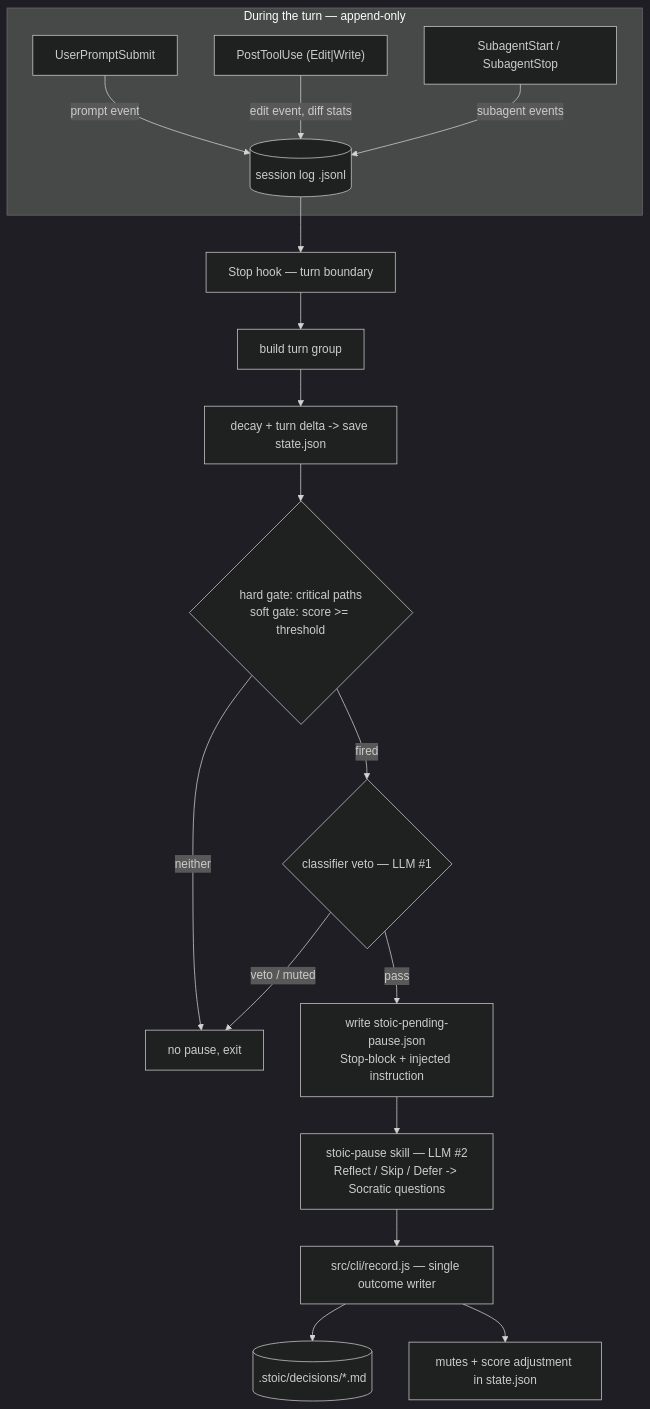
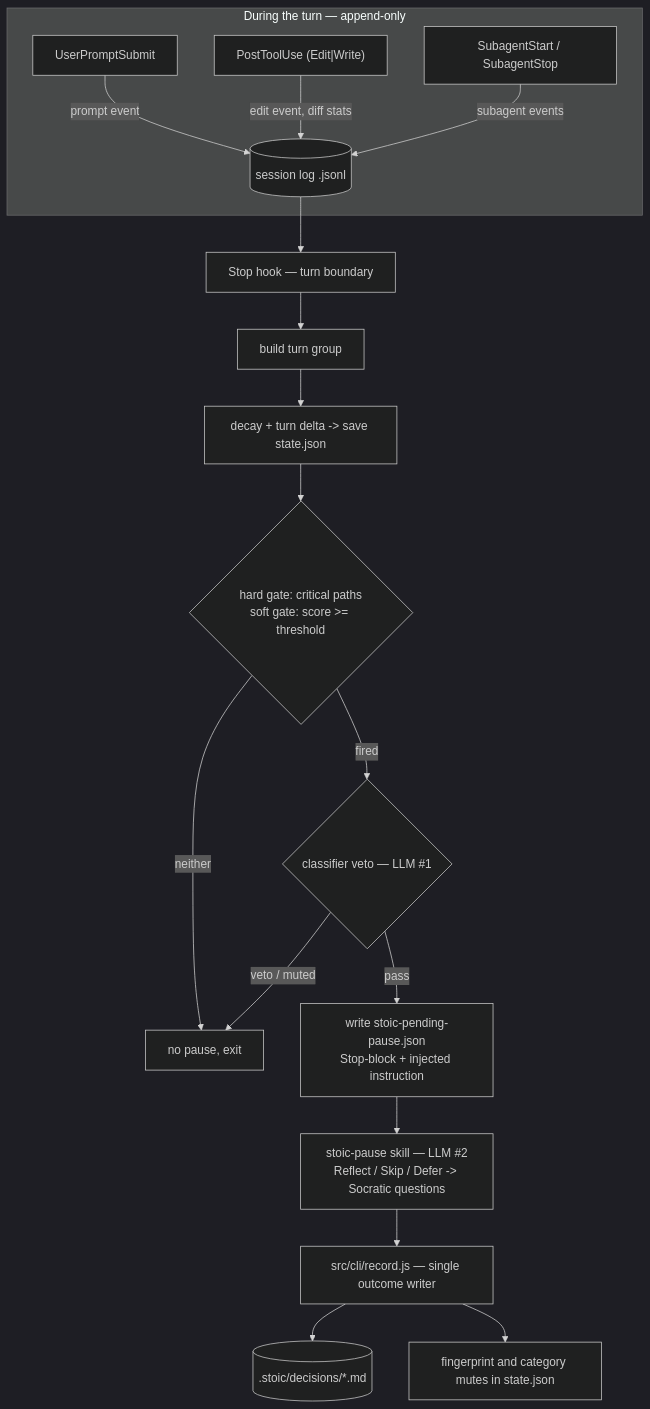
Before and after one commit to marcindobrzynski-dev/stoic-stack-plugin: the second of 2 diagrams in thoughts/shared/.project/architecture.md, drawn with Mermaid (dark theme). The commit also changed other lines of this file and 9 other files, not shown here.

````diff
--- a/thoughts/shared/.project/architecture.md
+++ b/thoughts/shared/.project/architecture.md
@@ -96,19 +96,19 @@
 ```mermaid
 flowchart TD
     subgraph collect [During the turn — append-only]
         UPS[UserPromptSubmit] -->|prompt event| LOG[(session log .jsonl)]
         PTU["PostToolUse (Edit|Write)"] -->|edit event, diff stats| LOG
         SAS[SubagentStart / SubagentStop] -->|subagent events| LOG
     end
     LOG --> STOP[Stop hook — turn boundary]
     STOP --> GROUP[build turn group] --> SCORE["decay + turn delta -> save state.json"]
     SCORE --> GATES{hard gate: critical paths<br/>soft gate: score >= threshold}
     GATES -- neither --> QUIET[no pause, exit]
     GATES -- fired --> CLASS{classifier veto — LLM #1}
     CLASS -- veto / muted --> QUIET
     CLASS -- pass --> FIRE["write stoic-pending-pause.json<br/>Stop-block + injected instruction"]
     FIRE --> SKILL["stoic-pause skill — LLM #2<br/>Reflect / Skip / Defer -> Socratic questions"]
     SKILL --> REC["src/cli/record.js — single outcome writer"]
     REC --> BANK[(.stoic/decisions/*.md)]
-    REC --> MUTES[mutes + score adjustment in state.json]
+    REC --> MUTES[fingerprint and category mutes in state.json]
 ```
````
